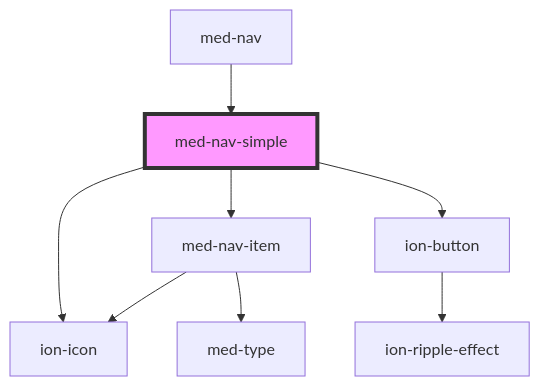
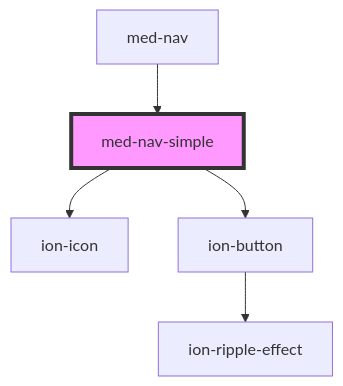
One commit to MEDGRUPOGIT/ionic-framework-1 changed the diagram in core/src/components/@templarios/compositions/med-nav-simple/readme.md. Above: the diagram before and after it, drawn with Mermaid. The commit also changed other lines of this file and 96 other files, not shown here.

````diff
--- a/core/src/components/@templarios/compositions/med-nav-simple/readme.md
+++ b/core/src/components/@templarios/compositions/med-nav-simple/readme.md
@@ -35,11 +34,8 @@
 ```mermaid
 graph TD;
   med-nav-simple --> ion-icon
-  med-nav-simple --> med-nav-item
   med-nav-simple --> ion-button
-  med-nav-item --> ion-icon
-  med-nav-item --> med-type
   ion-button --> ion-ripple-effect
   med-nav --> med-nav-simple
   style med-nav-simple fill:#f9f,stroke:#333,stroke-width:4px
 ```
````
